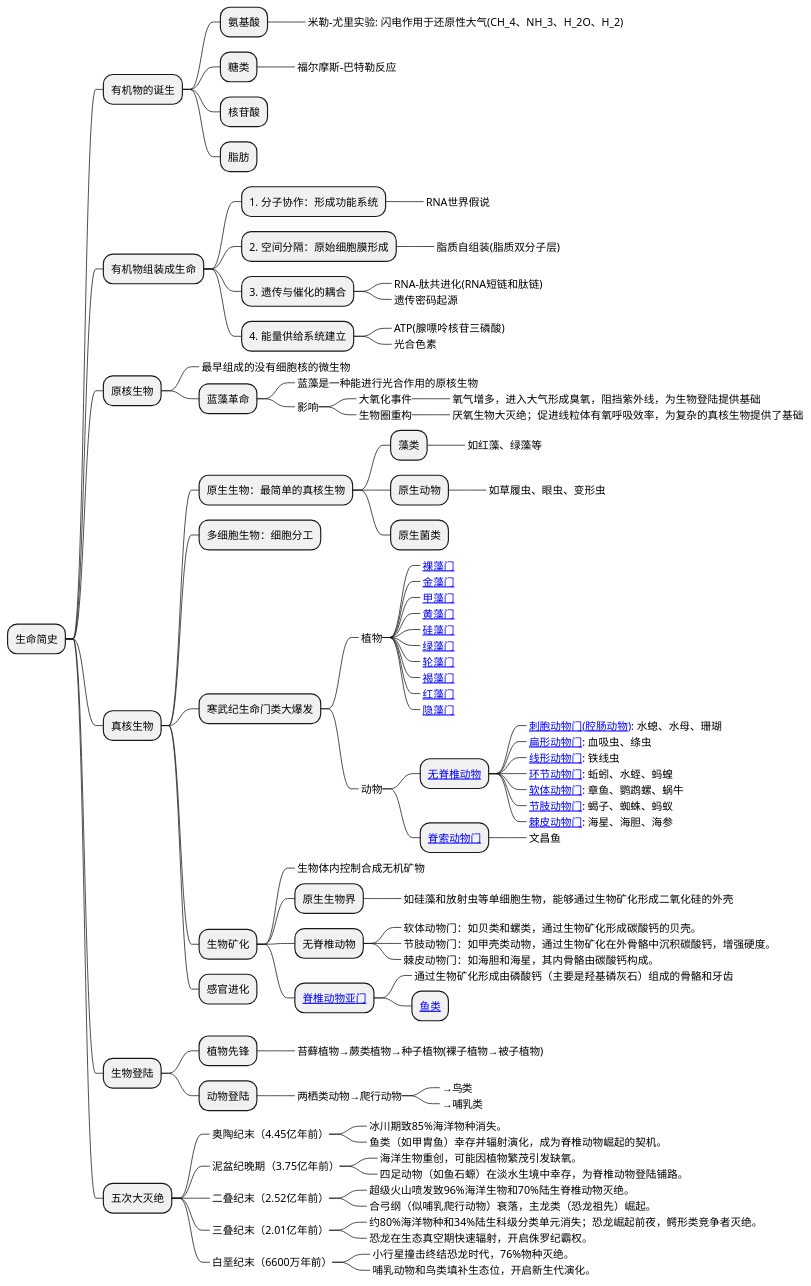
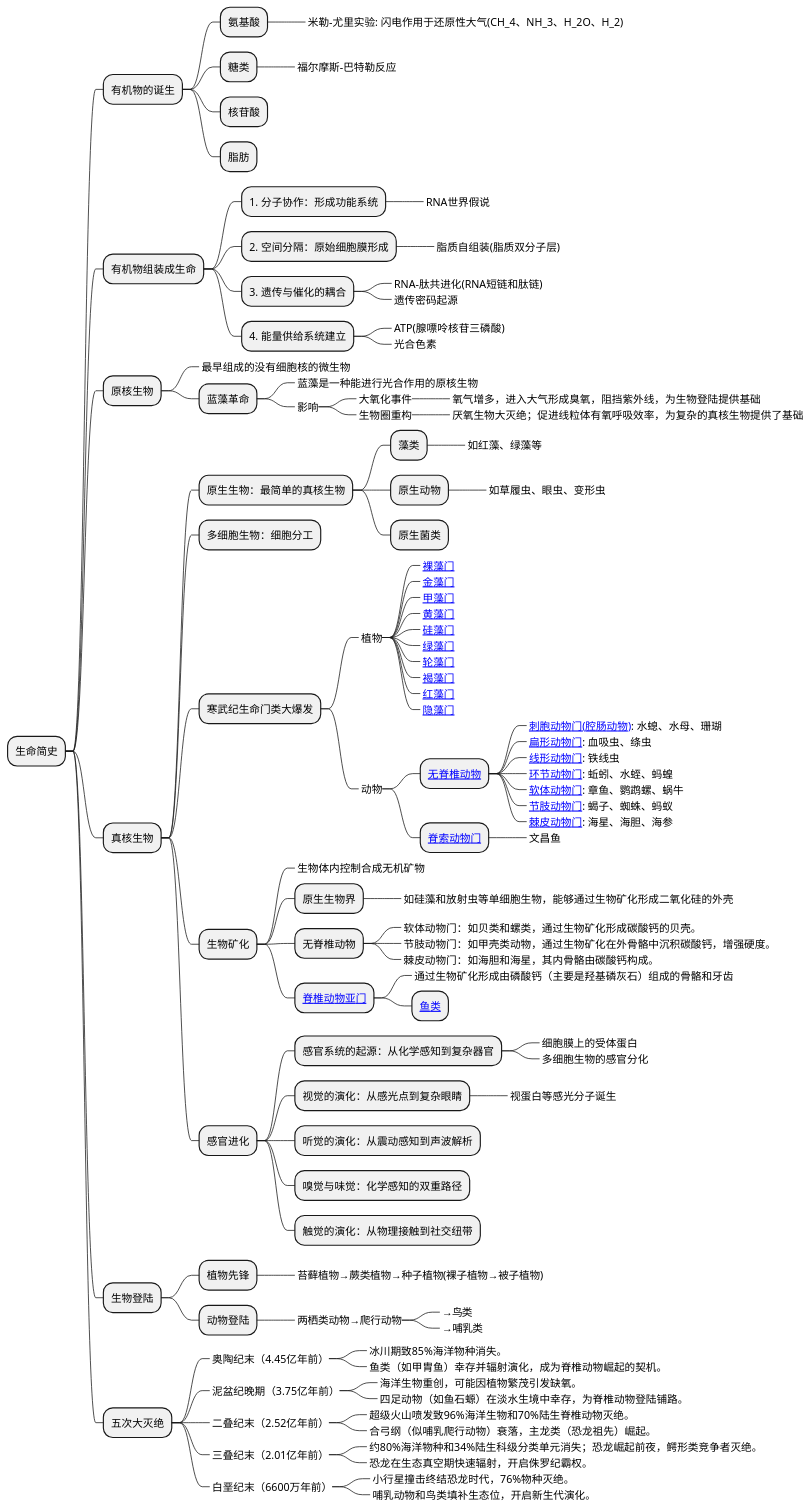
The diagram in source/_posts/history/life-history.md (holmofy/blog.hufeifei.cn), drawn with PlantUML before and after one commit.

```diff
--- a/source/_posts/history/life-history.md
+++ b/source/_posts/history/life-history.md
@@ -85,7 +85,14 @@
 +++++_ 通过生物矿化形成由磷酸钙（主要是羟基磷灰石）组成的骨骼和牙齿
 +++++ [[https://baike.baidu.com/item/鱼类/524517 鱼类]]
 +++ 感官进化
-
+++++ 感官系统的起源：从化学感知到复杂器官
++++++_ 细胞膜上的受体蛋白
++++++_ 多细胞生物的感官分化
+++++ 视觉的演化：从感光点到复杂眼睛
++++++_ 视蛋白等感光分子诞生
+++++ 听觉的演化：从震动感知到声波解析
+++++ 嗅觉与味觉：化学感知的双重路径
+++++ 触觉的演化：从物理接触到社交纽带
 ++ 生物登陆
 +++ 植物先锋
 ++++_ 苔藓植物→蕨类植物→种子植物(裸子植物→被子植物)
```
